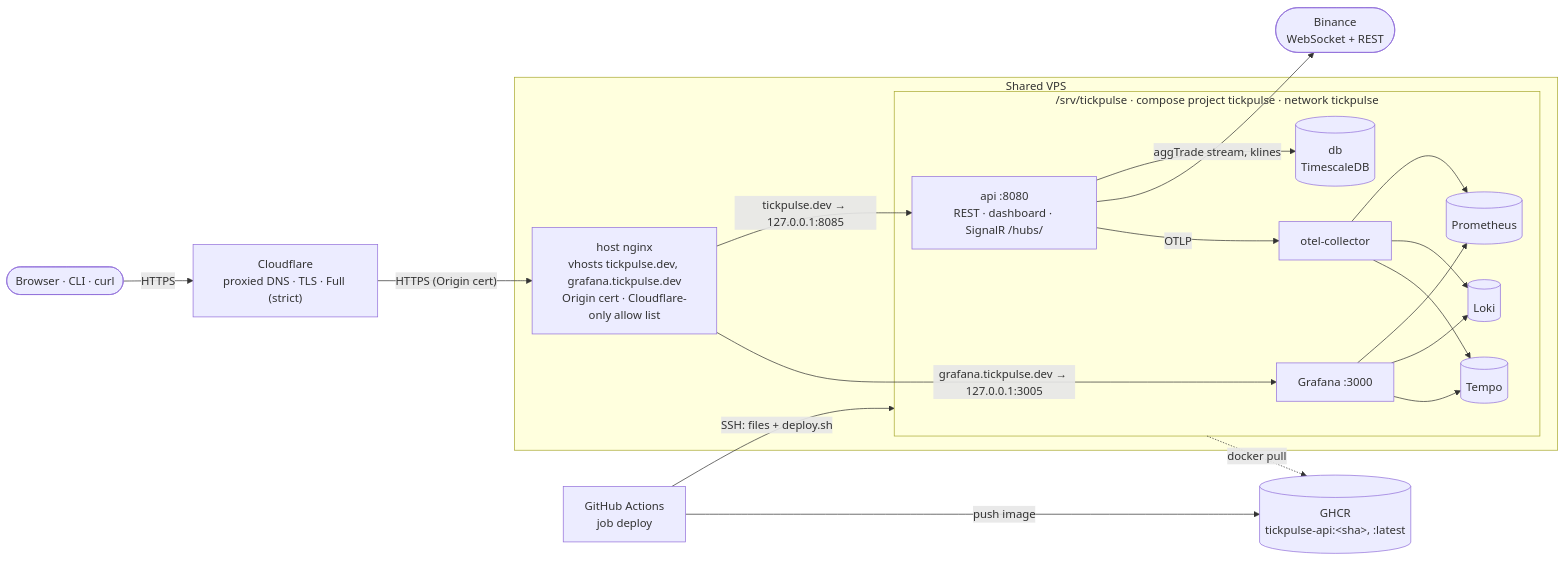
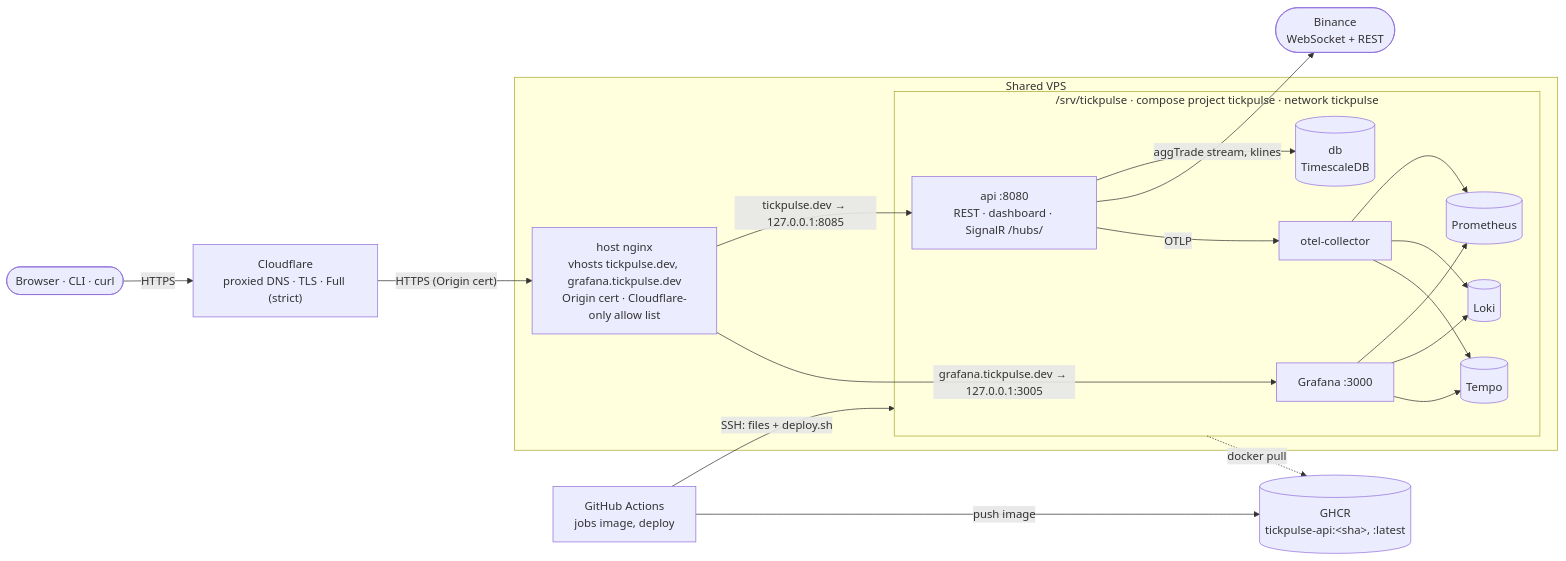
Before and after one commit to goofy5752/tickpulse: the diagram in docs/deployment.md, drawn with Mermaid. The commit also changed other lines of this file and 5 other files, not shown here.

````diff
--- a/docs/deployment.md
+++ b/docs/deployment.md
@@ -13,35 +13,35 @@
 ```mermaid
 flowchart LR
     visitor(["Browser · CLI · curl"])
     cf["Cloudflare<br/>proxied DNS · TLS · Full (strict)"]
-    gha["GitHub Actions<br/>job deploy"]
+    gha["GitHub Actions<br/>jobs image, deploy"]
     ghcr[("GHCR<br/>tickpulse-api:&lt;sha&gt;, :latest")]
 
     subgraph vps["Shared VPS"]
         nginx["host nginx<br/>vhosts tickpulse.dev, grafana.tickpulse.dev<br/>Origin cert · Cloudflare-only allow list"]
         subgraph proj["/srv/tickpulse · compose project tickpulse · network tickpulse"]
             api["api :8080<br/>REST · dashboard · SignalR /hubs/"]
             db[("db<br/>TimescaleDB")]
             col["otel-collector"]
             prom[("Prometheus")]
             loki[("Loki")]
             tempo[("Tempo")]
             graf["Grafana :3000"]
         end
     end
 
     binance(["Binance<br/>WebSocket + REST"])
 
     visitor -- HTTPS --> cf
     cf -- "HTTPS (Origin cert)" --> nginx
     nginx -- "tickpulse.dev → 127.0.0.1:8085" --> api
     nginx -- "grafana.tickpulse.dev → 127.0.0.1:3005" --> graf
     api --> db
     api -- "aggTrade stream, klines" --> binance
     api -- OTLP --> col
     col --> prom & loki & tempo
     graf --> prom & loki & tempo
     gha -- "push image" --> ghcr
     gha -- "SSH: files + deploy.sh" --> proj
     proj -. "docker pull" .-> ghcr
 ```
````
